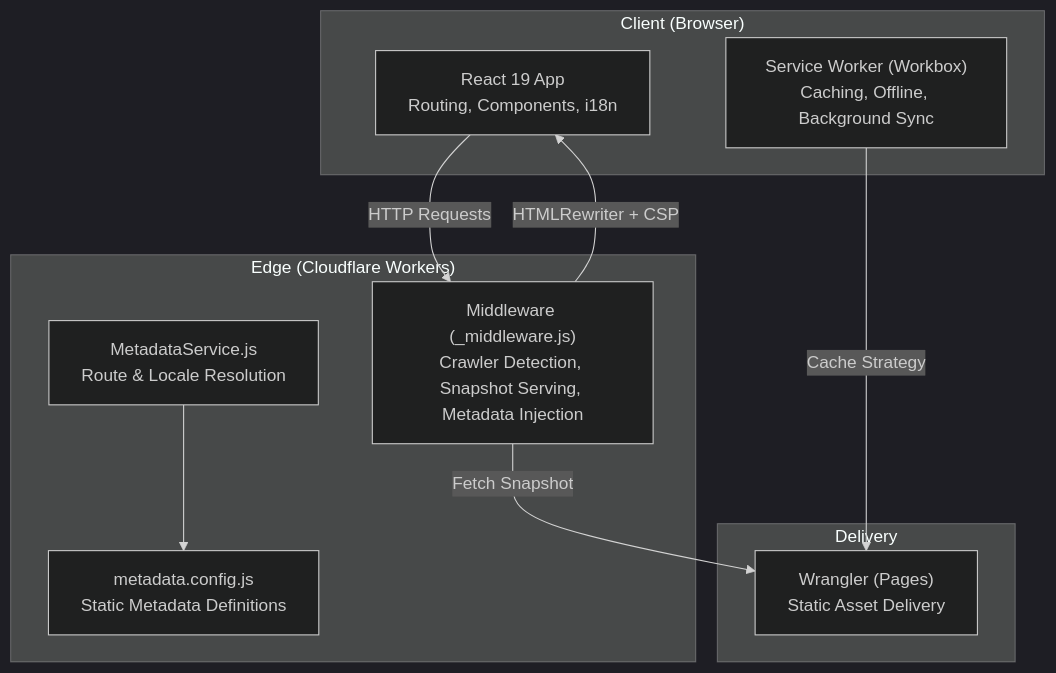
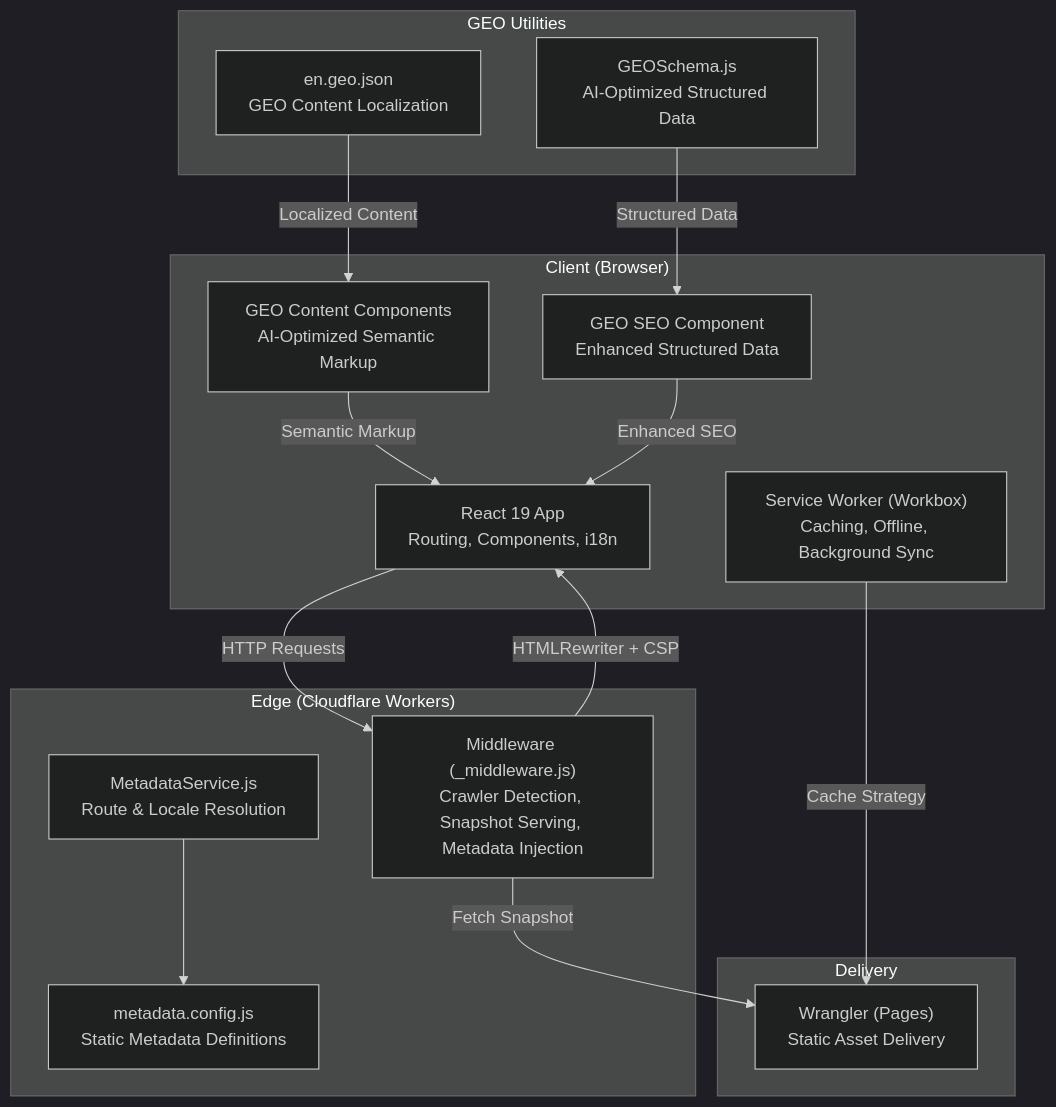
The first of 6 diagrams in .qoder/repowiki/en/content/Architecture Overview/Architecture Overview.md (rumuze/landing-page), drawn with Mermaid (dark theme) before and after one commit. The commit also changed other lines of this file and 5 other files, not shown here.

First line of the commit message:
feat(seo): implement FAANG-level bilingual SEO+GEO infrastructure

````diff
--- a/.qoder/repowiki/en/content/Architecture Overview/Architecture Overview.md
+++ b/.qoder/repowiki/en/content/Architecture Overview/Architecture Overview.md
@@ -39,20 +53,30 @@
 ```mermaid
 graph TB
 subgraph "Client (Browser)"
 A["React 19 App<br/>Routing, Components, i18n"]
 B["Service Worker (Workbox)<br/>Caching, Offline, Background Sync"]
+C["GEO Content Components<br/>AI-Optimized Semantic Markup"]
+D["GEO SEO Component<br/>Enhanced Structured Data"]
 end
 subgraph "Edge (Cloudflare Workers)"
-C["Middleware (_middleware.js)<br/>Crawler Detection, Snapshot Serving, Metadata Injection"]
-D["MetadataService.js<br/>Route & Locale Resolution"]
-E["metadata.config.js<br/>Static Metadata Definitions"]
+E["Middleware (_middleware.js)<br/>Crawler Detection, Snapshot Serving, Metadata Injection"]
+F["MetadataService.js<br/>Route & Locale Resolution"]
+G["metadata.config.js<br/>Static Metadata Definitions"]
+end
+subgraph "GEO Utilities"
+H["GEOSchema.js<br/>AI-Optimized Structured Data"]
+I["en.geo.json<br/>GEO Content Localization"]
 end
 subgraph "Delivery"
-F["Wrangler (Pages)<br/>Static Asset Delivery"]
+J["Wrangler (Pages)<br/>Static Asset Delivery"]
 end
-A --> |HTTP Requests| C
-C --> |Fetch Snapshot| F
-C --> |HTMLRewriter + CSP| A
-B --> |Cache Strategy| F
-D --> E
+A --> |HTTP Requests| E
+C --> |Semantic Markup| A
+D --> |Enhanced SEO| A
+H --> |Structured Data| D
+I --> |Localized Content| C
+E --> |Fetch Snapshot| J
+E --> |HTMLRewriter + CSP| A
+B --> |Cache Strategy| J
+F --> G
 ```
````
